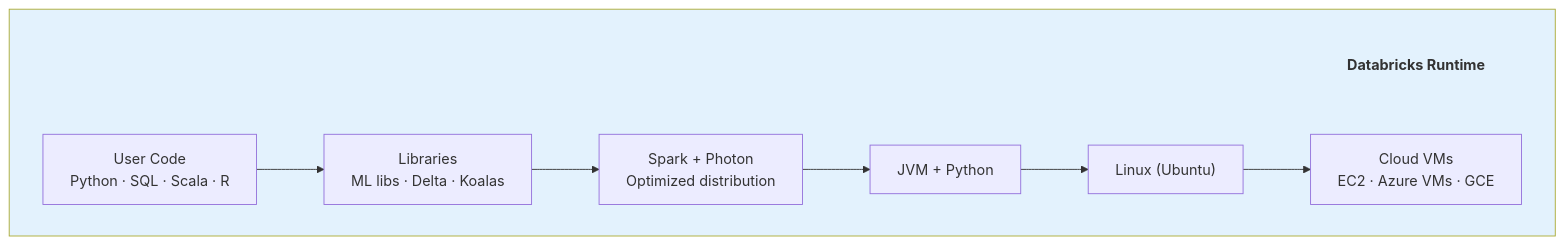
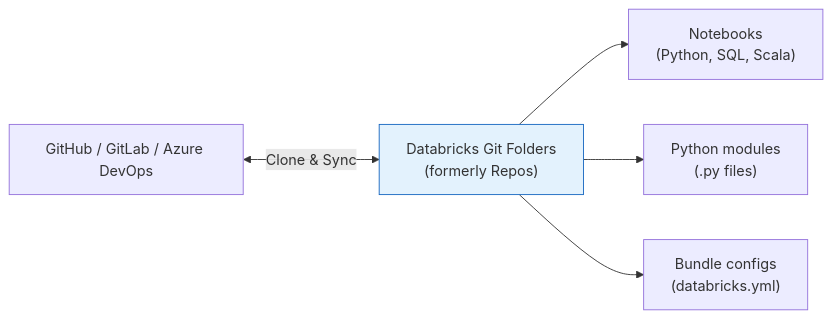
One commit to quocvinhx2101-ctrl/DE changed diagram 16 of 23 in platforms/01_Databricks.md. Above: the diagram before and after it, drawn with Mermaid. The commit also changed other lines of this file and 17 other files, not shown here.

````diff
--- a/platforms/01_Databricks.md
+++ b/platforms/01_Databricks.md
@@ -351,17 +1462,9 @@
 ```mermaid
-graph TB
-    subgraph Stack[" "]
-        Stack_title["Databricks Runtime"]
-        style Stack_title fill:none,stroke:none,color:#333,font-weight:bold
-        Code["User Code<br/>Python · SQL · Scala · R"]
-        Libs["Libraries<br/>ML libs · Delta · Koalas"]
-        Engine["Spark + Photon<br/>Optimized distribution"]
-        Runtime["JVM + Python"]
-        OS["Linux (Ubuntu)"]
-        Cloud["Cloud VMs<br/>EC2 · Azure VMs · GCE"]
-    end
+graph LR
+    Git["GitHub / GitLab / Azure DevOps"] <-->|"Clone & Sync"| Repos["Databricks Git Folders<br/>(formerly Repos)"]
+    Repos --> NB["Notebooks<br/>(Python, SQL, Scala)"]
+    Repos --> PY["Python modules<br/>(.py files)"]
+    Repos --> YML["Bundle configs<br/>(databricks.yml)"]
     
-    Code --> Libs --> Engine --> Runtime --> OS --> Cloud
-    
-    style Stack fill:#e3f2fd
+    style Repos fill:#e3f2fd,stroke:#1565c0
 ```
````
